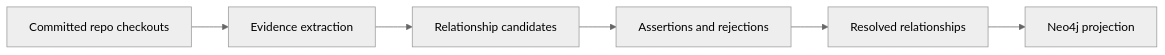
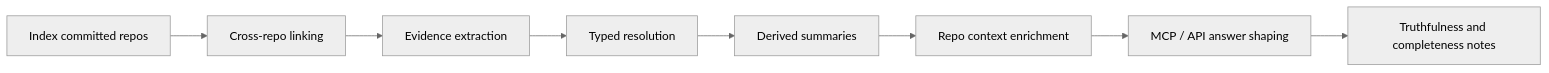
One commit to platformcontext/platform-context-graph changed the diagram in docs/docs/reference/relationship-mapping.md. Above: the diagram before and after it, drawn with Mermaid (neutral theme). The commit also changed other lines of this file and 1 other file, not shown here.

Commit message:
Document dynamic relationship mapping flow

````diff
--- a/docs/docs/reference/relationship-mapping.md
+++ b/docs/docs/reference/relationship-mapping.md
@@ -16,8 +17,10 @@
 ```mermaid
 flowchart LR
-    A[Committed repo checkouts] --> B[Evidence extraction]
-    B --> C[Relationship candidates]
-    C --> D[Assertions and rejections]
-    D --> E[Resolved relationships]
-    E --> F[Neo4j projection]
+    A[Index committed repos] --> B[Cross-repo linking]
+    B --> C[Evidence extraction]
+    C --> D[Typed resolution]
+    D --> E[Derived summaries]
+    E --> F[Repo context enrichment]
+    F --> G[MCP / API answer shaping]
+    G --> H[Truthfulness and completeness notes]
 ```
````
